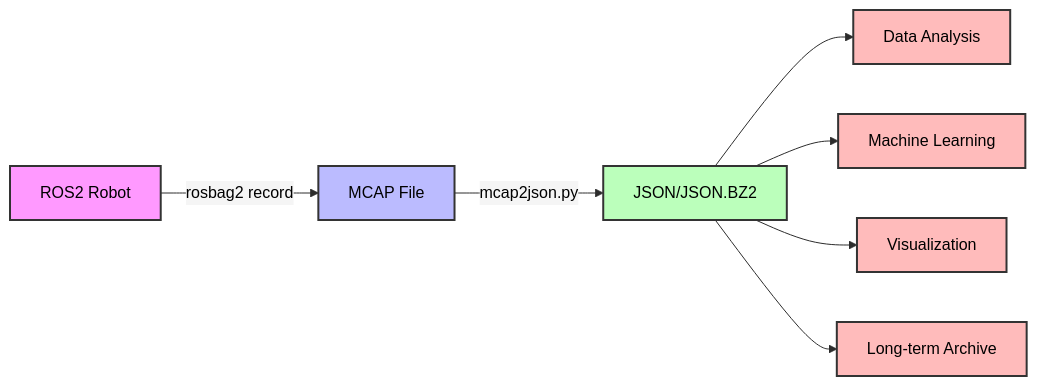
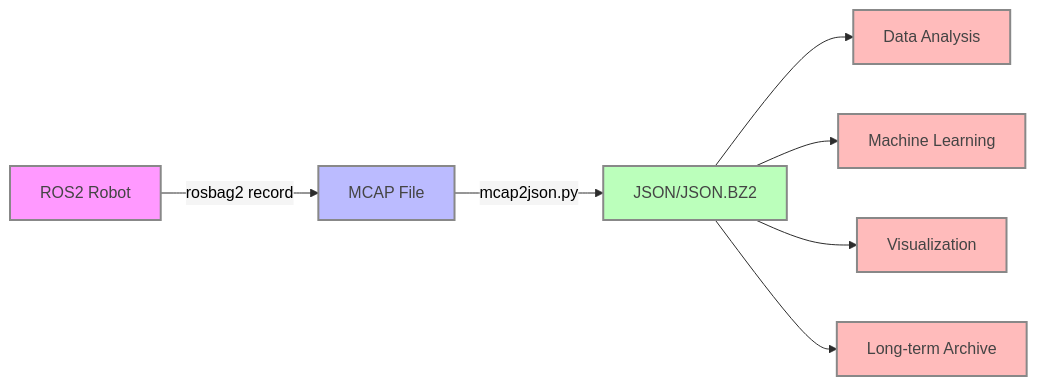
Before and after one commit to temataro/mcap2json: the diagram in mcap2json/README.md, drawn with Mermaid. The commit also changed other lines of this file and 2 other files, not shown here.

````diff
--- a/mcap2json/README.md
+++ b/mcap2json/README.md
@@ -120,20 +116,20 @@
 ```mermaid
 %%{init: {'theme':'base', 'themeVariables': {'primaryColor':'#f5f5f5', 'primaryBorderColor':'#333', 'primaryTextColor':'#000', 'background':'#d3d3d3'}}}%%
 graph LR
     A[ROS2 Robot] -->|rosbag2 record| B[MCAP File]
     B -->|mcap2json.py| C[JSON/JSON.BZ2]
     C --> D[Data Analysis]
     C --> E[Machine Learning]
     C --> F[Visualization]
     C --> G[Long-term Archive]
     
-    classDef default stroke:#333,stroke-width:2px,color:#000
+    classDef default stroke:#888,stroke-width:2px,color:#444
     
     style A fill:#f9f
     style B fill:#bbf
     style C fill:#bfb
     style D fill:#fbb
     style E fill:#fbb
     style F fill:#fbb
     style G fill:#fbb
 ```
````
